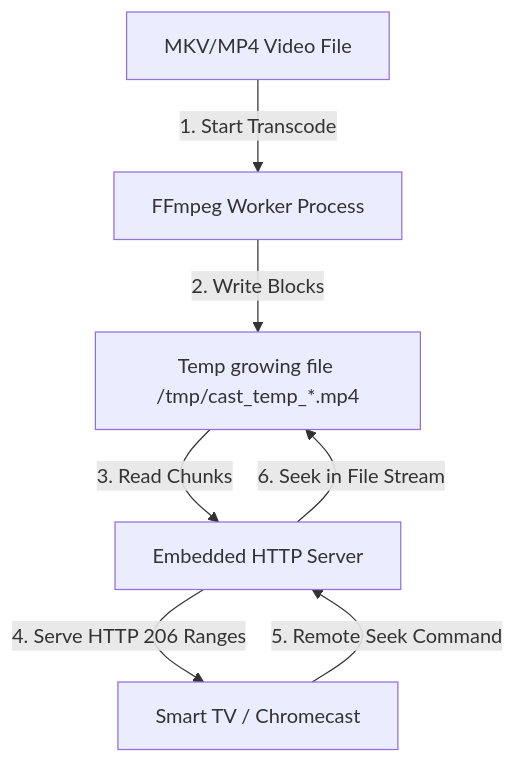
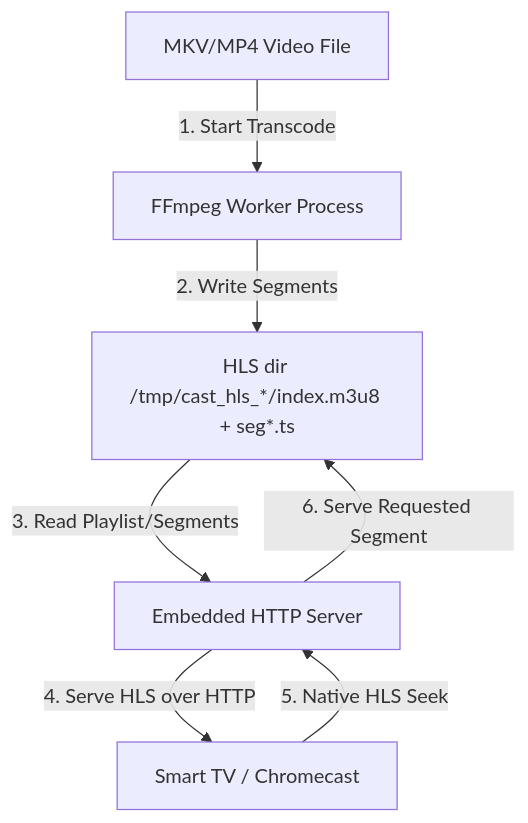
Before and after one commit to maxfridbe/cast-local: the diagram in README.md, drawn with Mermaid. The commit also changed other lines of this file and 2 other files, not shown here.

First line of the commit message:
Implement native HLS event-playlist casting for local files with working remote seek

````diff
--- a/README.md
+++ b/README.md
@@ -23,9 +23,9 @@
 ```mermaid
 graph TD
     Input[MKV/MP4 Video File] -->|1. Start Transcode| Ffmpeg[FFmpeg Worker Process]
-    Ffmpeg -->|2. Write Blocks| TempFile[Temp growing file /tmp/cast_temp_*.mp4]
-    TempFile -->|3. Read Chunks| Server[Embedded HTTP Server]
-    Server -->|4. Serve HTTP 206 Ranges| TV[Smart TV / Chromecast]
-    TV -->|5. Remote Seek Command| Server
-    Server -->|6. Seek in File Stream| TempFile
+    Ffmpeg -->|2. Write Segments| HlsDir[HLS dir /tmp/cast_hls_*/index.m3u8 + seg*.ts]
+    HlsDir -->|3. Read Playlist/Segments| Server[Embedded HTTP Server]
+    Server -->|4. Serve HLS over HTTP| TV[Smart TV / Chromecast]
+    TV -->|5. Native HLS Seek| Server
+    Server -->|6. Serve Requested Segment| HlsDir
 ```
````
